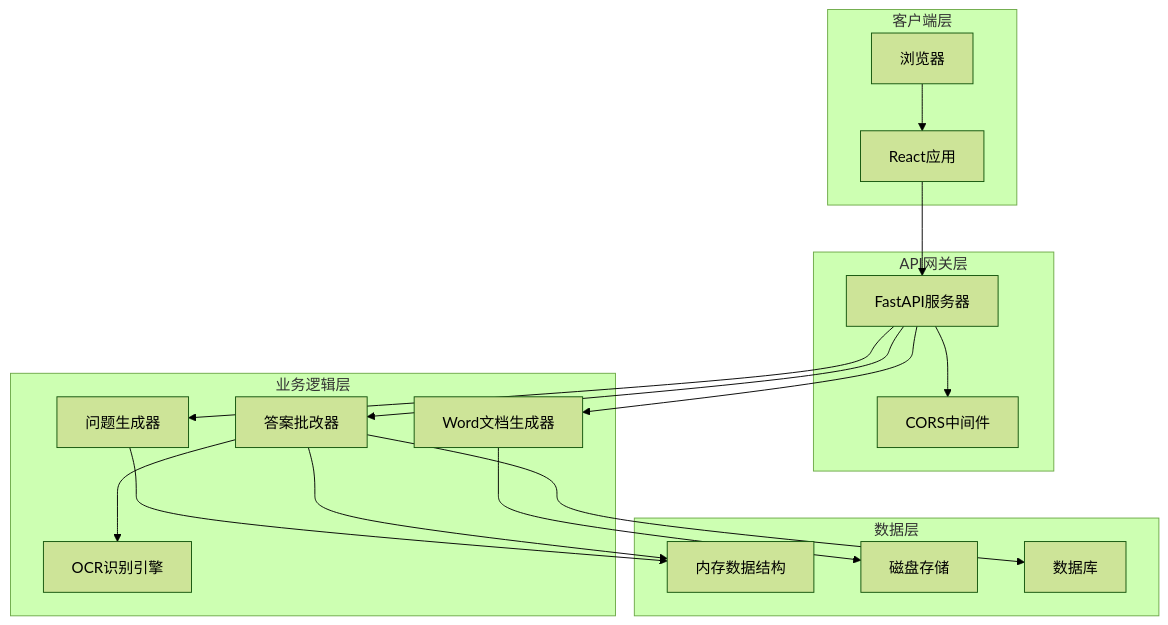
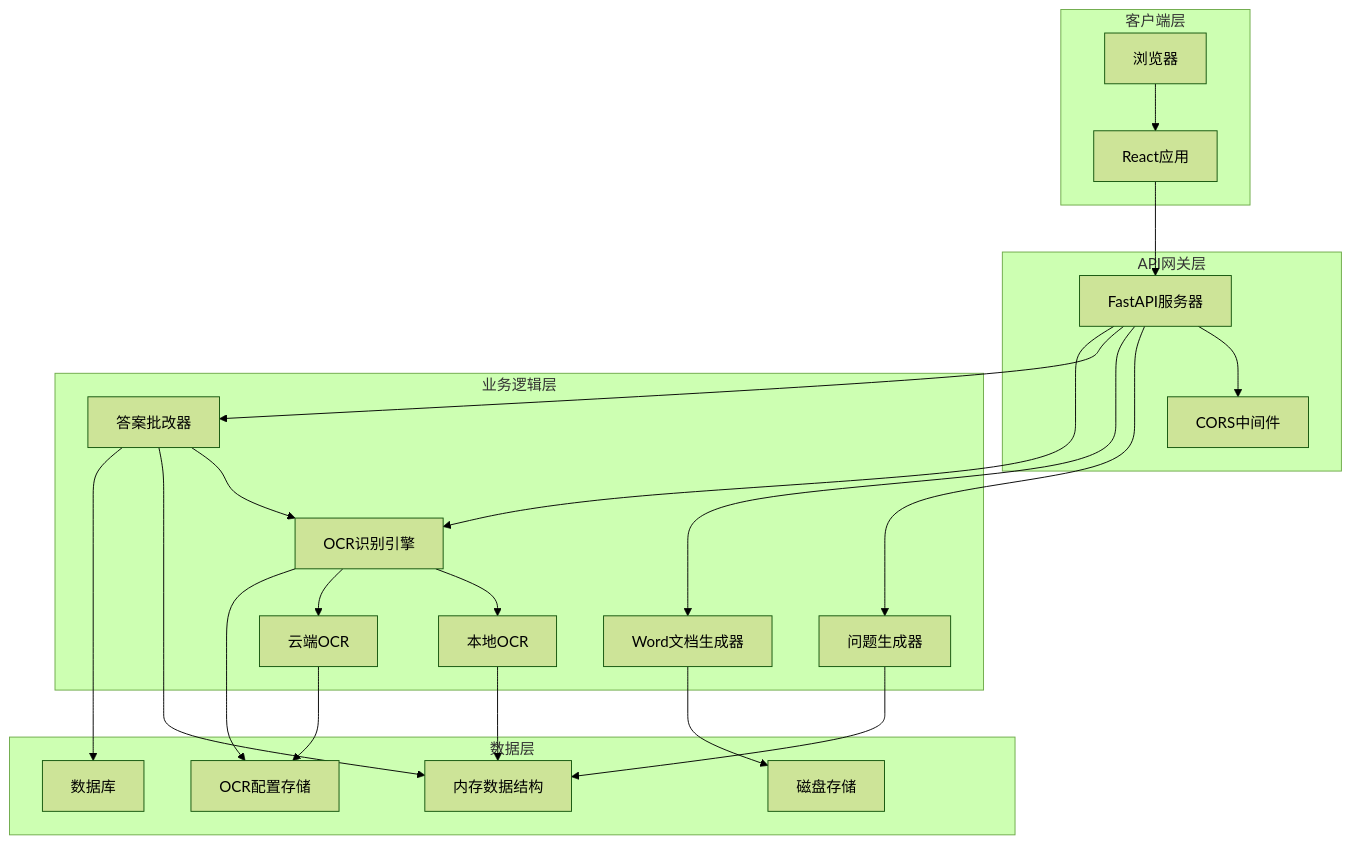
One commit to SimonWHL/math-learning changed the second of 17 diagrams in .qoder/repowiki/zh/content/项目结构/Web API接口.md. Above: the diagram before and after it, drawn with Mermaid (forest theme). The commit also changed other lines of this file and 4 other files, not shown here.

````diff
--- a/.qoder/repowiki/zh/content/项目结构/Web API接口.md
+++ b/.qoder/repowiki/zh/content/项目结构/Web API接口.md
@@ -150,33 +173,42 @@
 ```mermaid
 graph TB
 subgraph "客户端层"
 Browser[浏览器]
 React[React应用]
 end
 subgraph "API网关层"
 FastAPI[FastAPI服务器]
 CORS[CORS中间件]
 end
 subgraph "业务逻辑层"
 Generator[问题生成器]
 WordGen[Word文档生成器]
 Grader[答案批改器]
 OCR[OCR识别引擎]
+OCR_LOCAL[本地OCR]
+OCR_CLOUD[云端OCR]
 end
 subgraph "数据层"
 Memory[内存数据结构]
 Storage[磁盘存储]
 Database[数据库]
+OCRConfig[OCR配置存储]
 end
 Browser --> React
 React --> FastAPI
 FastAPI --> CORS
 FastAPI --> Generator
 FastAPI --> WordGen
 FastAPI --> Grader
+FastAPI --> OCR
 Generator --> Memory
 WordGen --> Storage
 Grader --> OCR
 Grader --> Memory
 Grader --> Database
+OCR --> OCR_LOCAL
+OCR --> OCR_CLOUD
+OCR --> OCRConfig
+OCR_LOCAL --> Memory
+OCR_CLOUD --> OCRConfig
 ```
````
